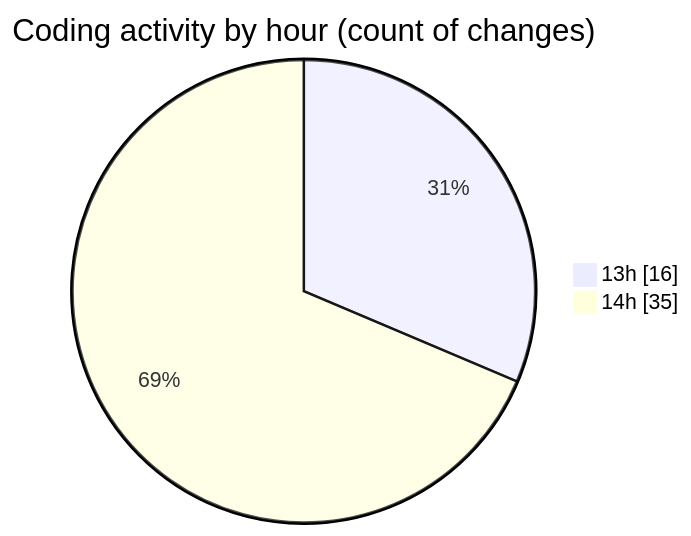
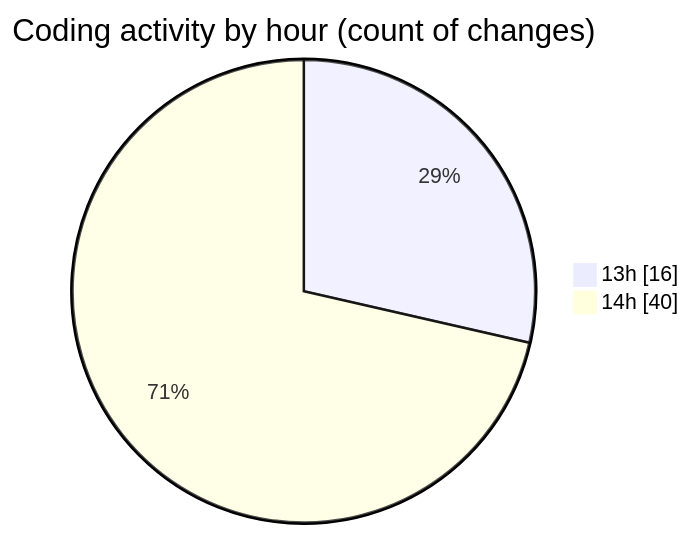
The second of 2 diagrams in 2026-02-04/cda/README.md (momahboobian/code-tracking), drawn with Mermaid before and after one commit. The commit also changed other lines of this file and 1 other file, not shown here.

````diff
--- a/2026-02-04/cda/README.md
+++ b/2026-02-04/cda/README.md
@@ -28,6 +28,6 @@
 ```mermaid
 pie showData
 title Coding activity by hour (count of changes)
 "13h" : 16
-"14h" : 35
+"14h" : 40
 ```
````
